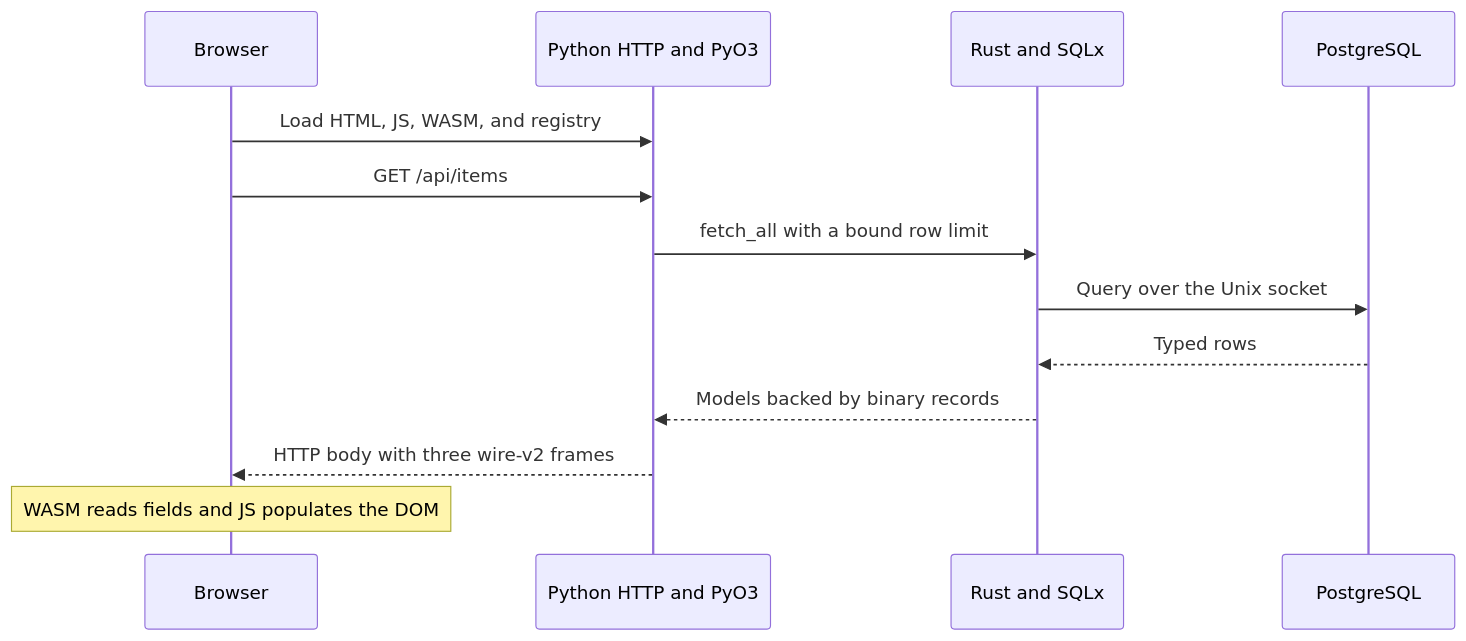
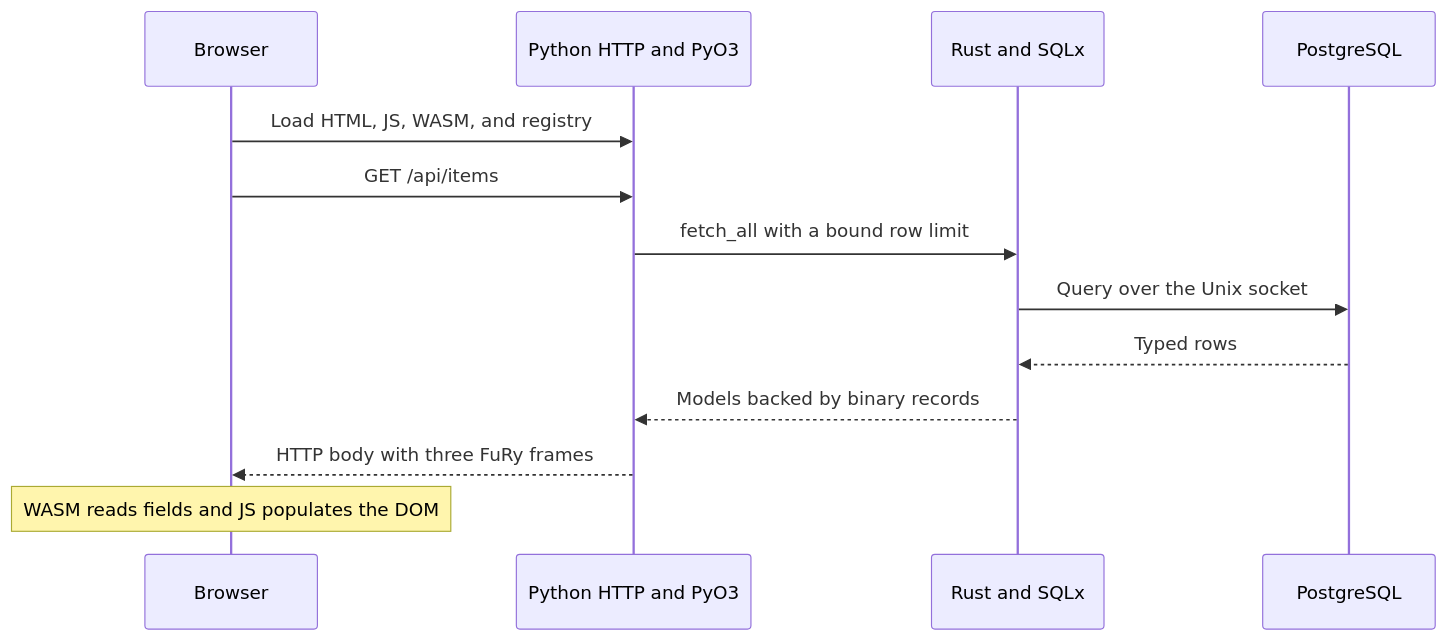
Before and after one commit to Viujnik/FuRy: the diagram in examples/web/INTERNALS.md, drawn with Mermaid. The commit also changed other lines of this file and 66 other files, not shown here.

````diff
--- a/examples/web/INTERNALS.md
+++ b/examples/web/INTERNALS.md
@@ -17,15 +17,15 @@
 ```mermaid
 sequenceDiagram
     participant B as Browser
     participant P as Python HTTP and PyO3
     participant R as Rust and SQLx
     participant D as PostgreSQL
     B->>P: Load HTML, JS, WASM, and registry
     B->>P: GET /api/items
     P->>R: fetch_all with a bound row limit
     R->>D: Query over the Unix socket
     D-->>R: Typed rows
     R-->>P: Models backed by binary records
-    P-->>B: HTTP body with three wire-v2 frames
+    P-->>B: HTTP body with three FuRy frames
     Note over B: WASM reads fields and JS populates the DOM
 ```
````
